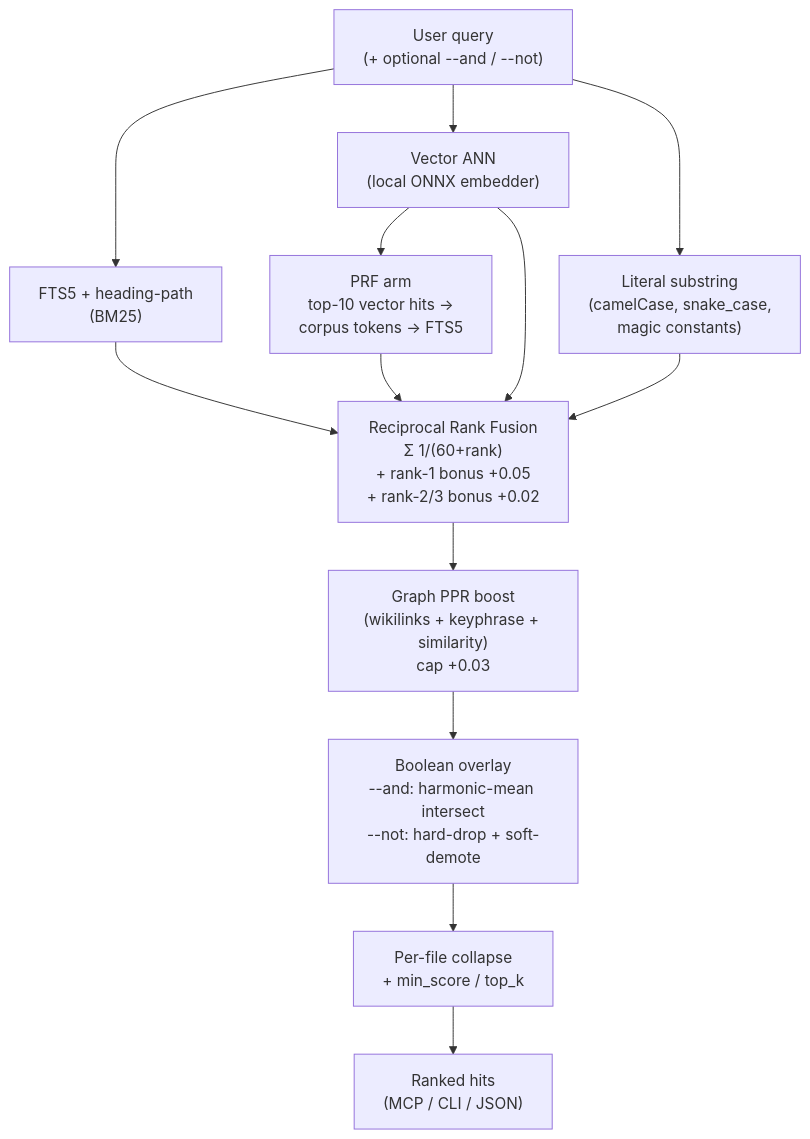
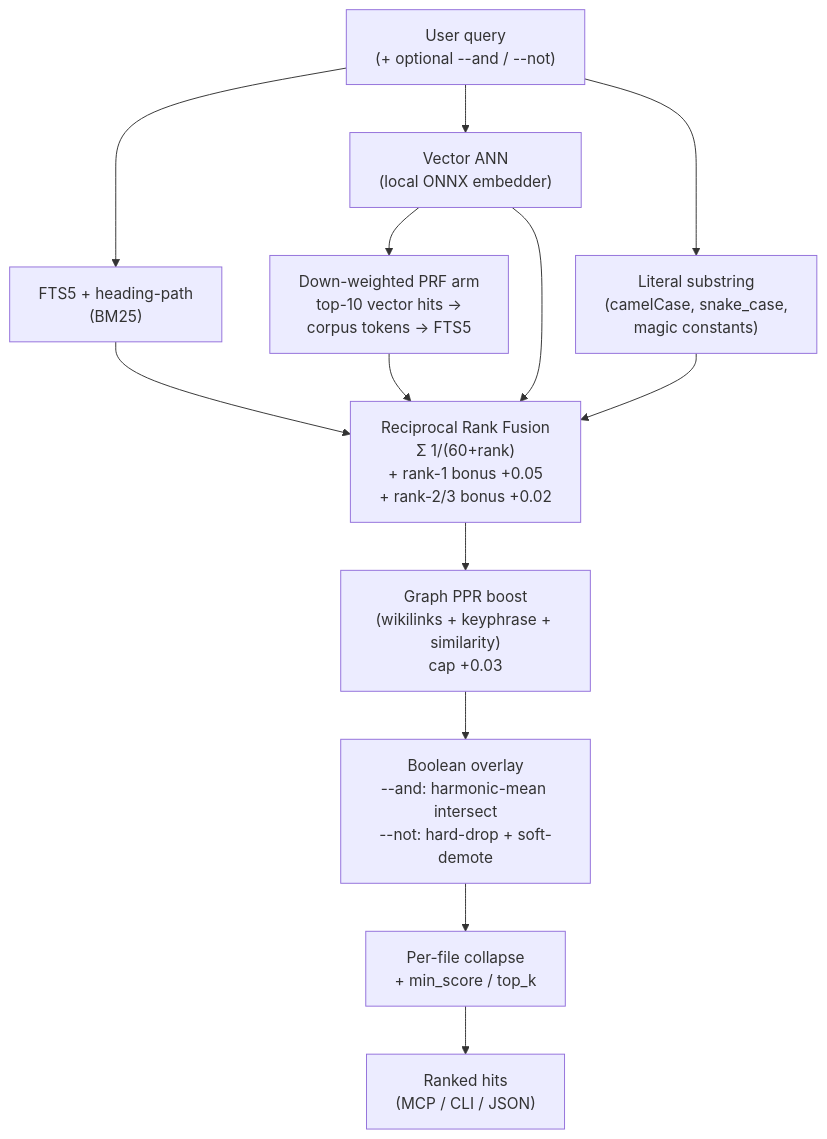
One commit to rach/dora changed the diagram in README.md. Above: the diagram before and after it, drawn with Mermaid. The commit also changed other lines of this file, not shown here.

````diff
--- a/README.md
+++ b/README.md
@@ -291,15 +291,15 @@
 ```mermaid
 flowchart TD
     Q["User query<br/>(+ optional --and / --not)"] --> FTS["FTS5 + heading-path<br/>(BM25)"]
     Q --> ANN["Vector ANN<br/>(local ONNX embedder)"]
     Q --> LIT["Literal substring<br/>(camelCase, snake_case,<br/>magic constants)"]
-    ANN --> PRF["PRF arm<br/>top-10 vector hits →<br/>corpus tokens → FTS5"]
+    ANN --> PRF["Down-weighted PRF arm<br/>top-10 vector hits →<br/>corpus tokens → FTS5"]
     FTS --> RRF["Reciprocal Rank Fusion<br/>Σ 1/(60+rank)<br/>+ rank-1 bonus +0.05<br/>+ rank-2/3 bonus +0.02"]
     ANN --> RRF
     LIT --> RRF
     PRF --> RRF
     RRF --> PPR["Graph PPR boost<br/>(wikilinks + keyphrase + similarity)<br/>cap +0.03"]
     PPR --> BOOL["Boolean overlay<br/>--and: harmonic-mean intersect<br/>--not: hard-drop + soft-demote"]
     BOOL --> COL["Per-file collapse<br/>+ min_score / top_k"]
     COL --> OUT["Ranked hits<br/>(MCP / CLI / JSON)"]
 ```
````
